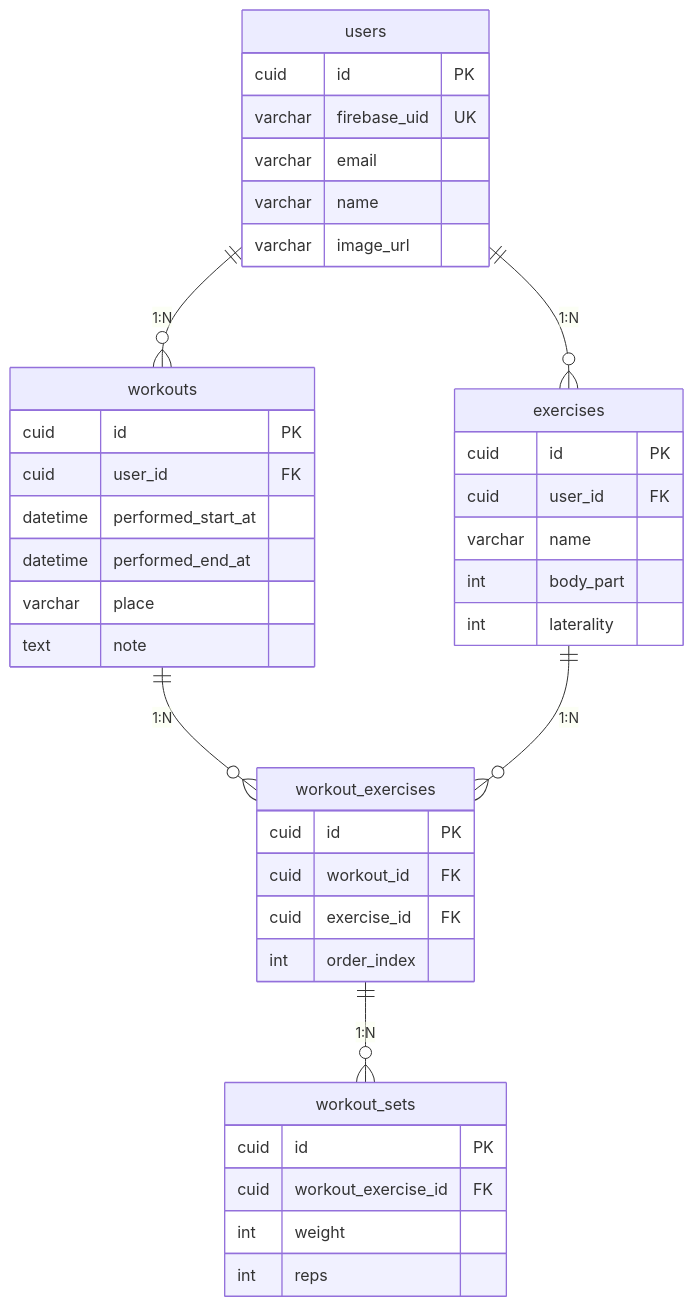
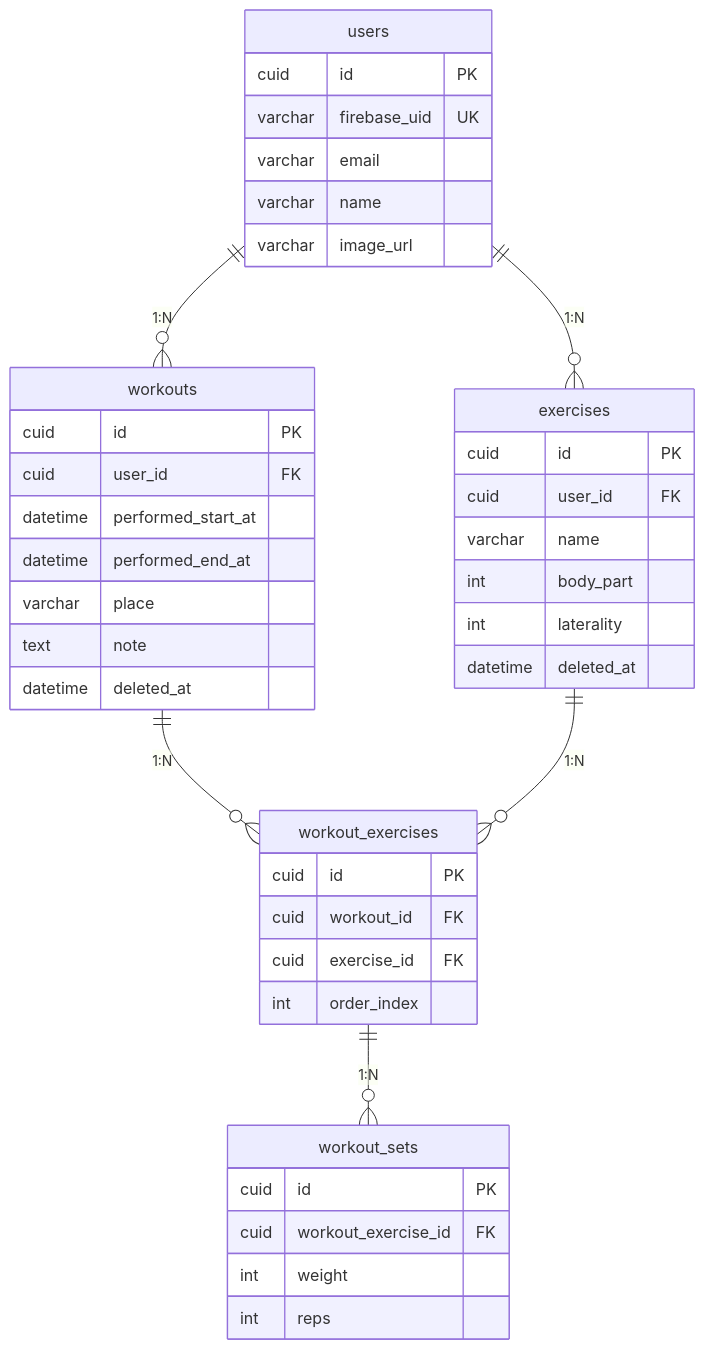
The diagram in docs/db-table-structure.md (ANTON072/gym-note-api-ts), drawn with Mermaid before and after one commit. The commit also changed other lines of this file and 2 other files, not shown here.

Commit message:
feat: add deleted_at column for soft delete functionality in database models

````diff
--- a/docs/db-table-structure.md
+++ b/docs/db-table-structure.md
@@ -53,47 +53,49 @@
 ```mermaid
 erDiagram
     users ||--o{ workouts : "1:N"
     users ||--o{ exercises : "1:N"
     workouts ||--o{ workout_exercises : "1:N"
     exercises ||--o{ workout_exercises : "1:N"
     workout_exercises ||--o{ workout_sets : "1:N"
 
     users {
         cuid id PK
         varchar firebase_uid UK
         varchar email
         varchar name
         varchar image_url
     }
 
     workouts {
         cuid id PK
         cuid user_id FK
         datetime performed_start_at
         datetime performed_end_at
         varchar place
         text note
+        datetime deleted_at
     }
 
     exercises {
         cuid id PK
         cuid user_id FK
         varchar name
         int body_part
         int laterality
+        datetime deleted_at
     }
 
     workout_exercises {
         cuid id PK
         cuid workout_id FK
         cuid exercise_id FK
         int order_index
     }
 
     workout_sets {
         cuid id PK
         cuid workout_exercise_id FK
         int weight
         int reps
     }
 ```
````
